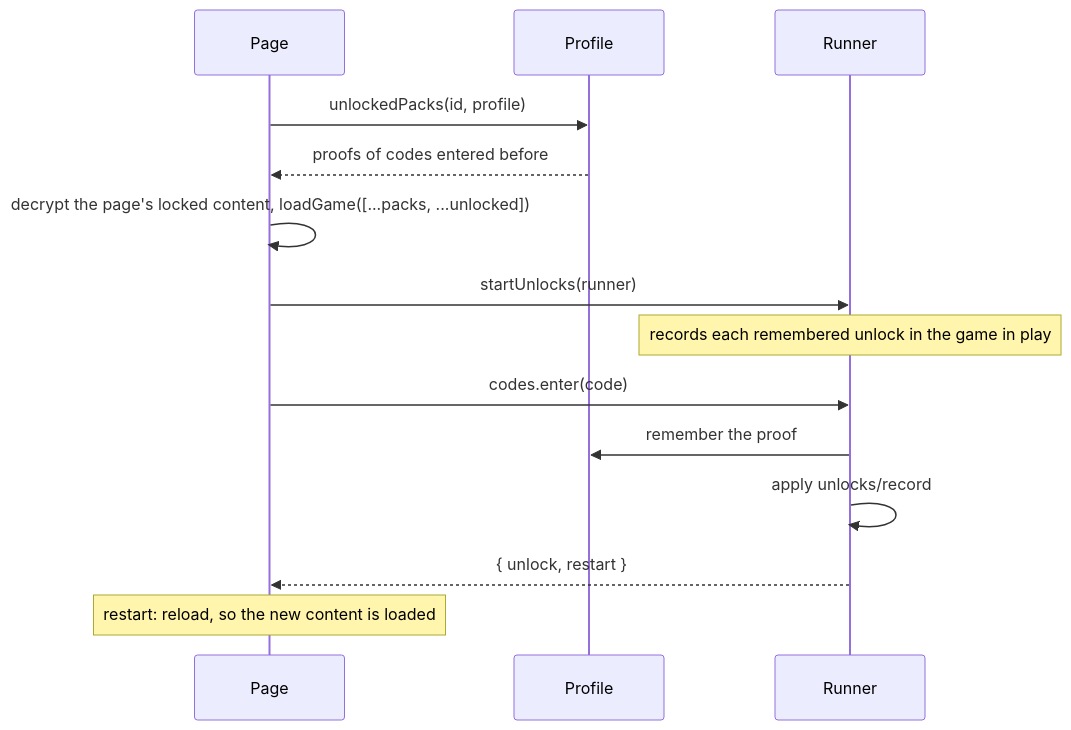
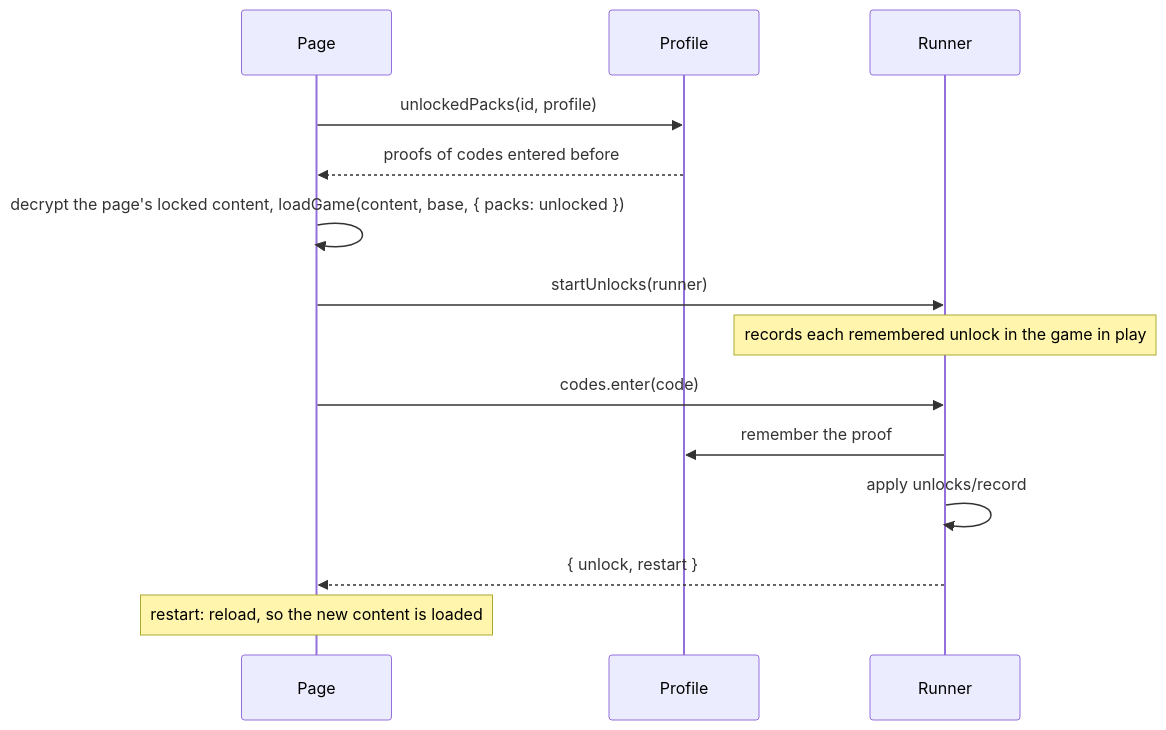
Before and after one commit to IFLoom/ifloom: the diagram in site/content/docs/(latest)/plugins/unlocks.md, drawn with Mermaid. The commit also changed other lines of this file and 58 other files, not shown here.

First line of the commit message:
Docs: your files are content, packs come from outside

````diff
--- a/site/content/docs/(latest)/plugins/unlocks.md
+++ b/site/content/docs/(latest)/plugins/unlocks.md
@@ -160,16 +160,16 @@
 ```mermaid
 sequenceDiagram
   participant Page
   participant Profile
   participant Runner
   Page->>Profile: unlockedPacks(id, profile)
   Profile-->>Page: proofs of codes entered before
-  Page->>Page: decrypt the page's locked content, loadGame([...packs, ...unlocked])
+  Page->>Page: decrypt the page's locked content, loadGame(content, base, { packs: unlocked })
   Page->>Runner: startUnlocks(runner)
   Note over Runner: records each remembered unlock in the game in play
   Page->>Runner: codes.enter(code)
   Runner->>Profile: remember the proof
   Runner->>Runner: apply unlocks/record
   Runner-->>Page: { unlock, restart }
   Note over Page: restart: reload, so the new content is loaded
 ```
````
